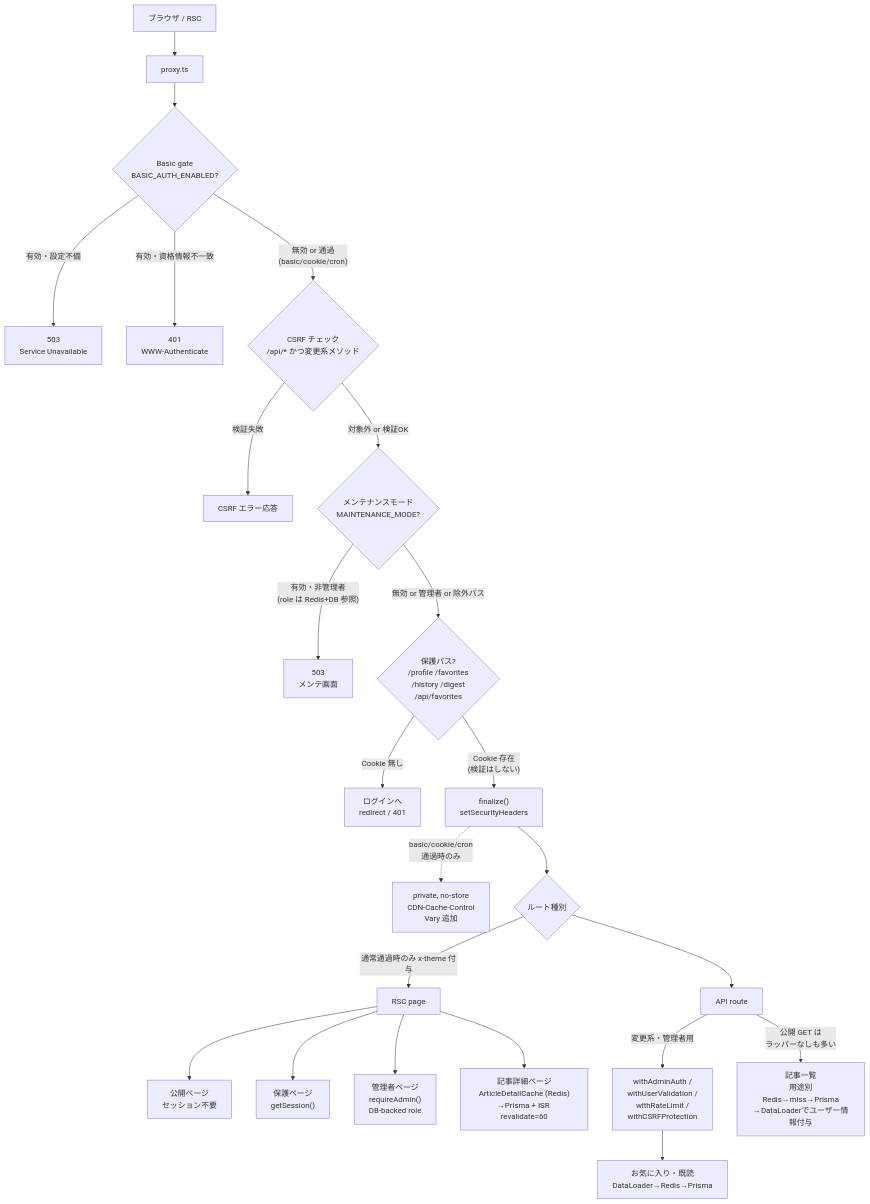
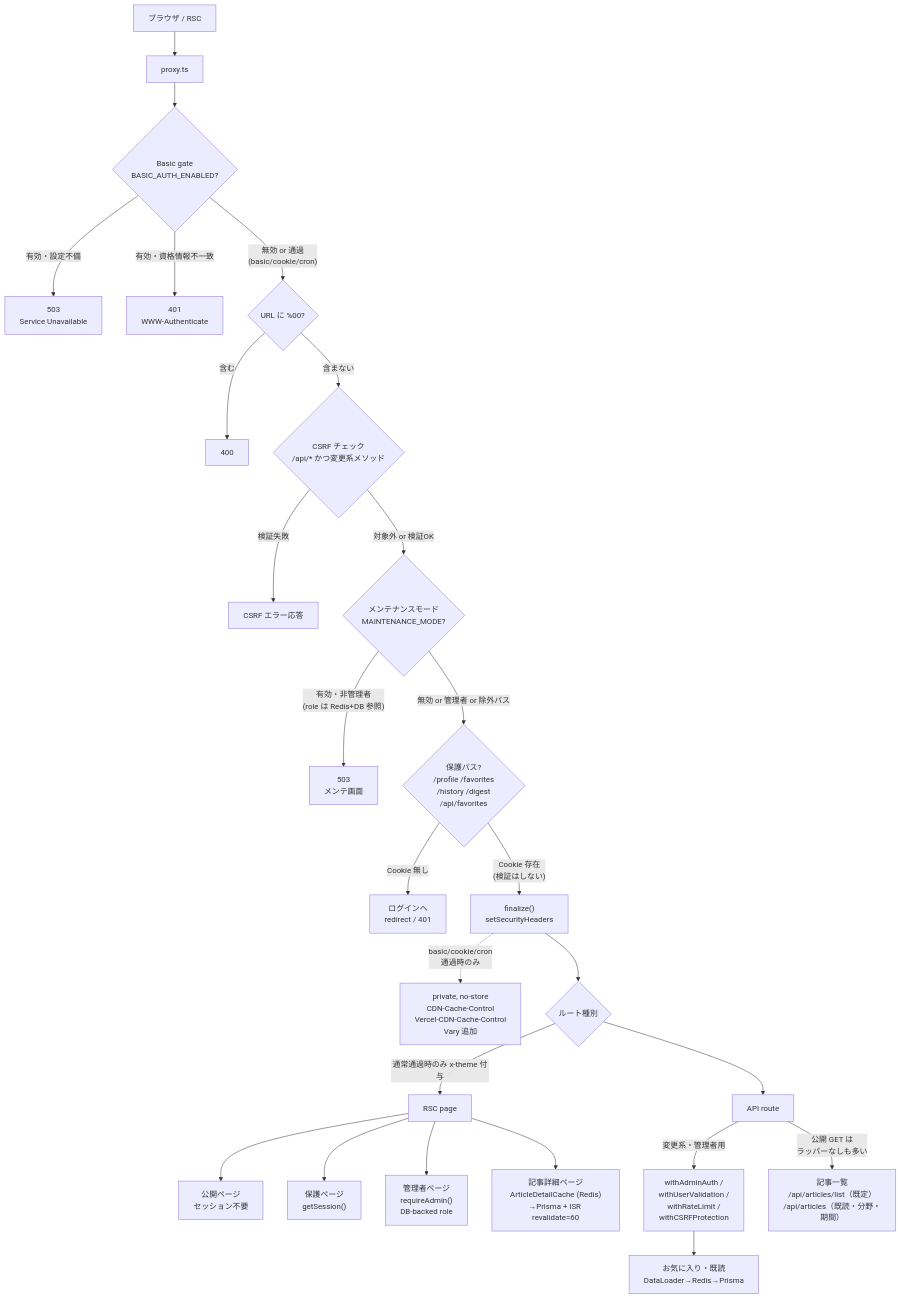
Before and after one commit to pawafulu7/techtrend: the first of 2 diagrams in docs/architecture/03-request-flow.md, drawn with Mermaid. The commit also changed other lines of this file and 223 other files, not shown here.

````diff
--- a/docs/architecture/03-request-flow.md
+++ b/docs/architecture/03-request-flow.md
@@ -7,33 +7,35 @@
 ```mermaid
 flowchart TD
     Browser["ブラウザ / RSC"] --> Proxy["proxy.ts"]
 
     Proxy --> BasicGate{"Basic gate<br/>BASIC_AUTH_ENABLED?"}
     BasicGate -->|"有効・設定不備"| Err503["503<br/>Service Unavailable"]
     BasicGate -->|"有効・資格情報不一致"| Err401["401<br/>WWW-Authenticate"]
-    BasicGate -->|"無効 or 通過<br/>(basic/cookie/cron)"| Csrf{"CSRF チェック<br/>/api/* かつ変更系メソッド"}
+    BasicGate -->|"無効 or 通過<br/>(basic/cookie/cron)"| Nul{"URL に %00?"}
+    Nul -->|"含む"| Err400["400"]
+    Nul -->|"含まない"| Csrf{"CSRF チェック<br/>/api/* かつ変更系メソッド"}
 
     Csrf -->|"検証失敗"| ErrCsrf["CSRF エラー応答"]
     Csrf -->|"対象外 or 検証OK"| Maint{"メンテナンスモード<br/>MAINTENANCE_MODE?"}
 
     Maint -->|"有効・非管理者<br/>(role は Redis+DB 参照)"| Err503b["503<br/>メンテ画面"]
     Maint -->|"無効 or 管理者 or 除外パス"| Protected{"保護パス?<br/>/profile /favorites<br/>/history /digest<br/>/api/favorites"}
 
     Protected -->|"Cookie 無し"| Redirect["ログインへ<br/>redirect / 401"]
     Protected -->|"Cookie 存在<br/>(検証はしない)"| Finalize["finalize()<br/>setSecurityHeaders"]
 
-    Finalize -.->|"basic/cookie/cron<br/>通過時のみ"| GateHeaders["private, no-store<br/>CDN-Cache-Control<br/>Vary 追加"]
+    Finalize -.->|"basic/cookie/cron<br/>通過時のみ"| GateHeaders["private, no-store<br/>CDN-Cache-Control<br/>Vercel-CDN-Cache-Control<br/>Vary 追加"]
 
     Finalize --> RouteType{"ルート種別"}
     RouteType -->|"通常通過時のみ x-theme 付与"| RSC["RSC page"]
     RouteType --> ApiRoute["API route"]
 
     RSC --> PublicPage["公開ページ<br/>セッション不要"]
     RSC --> ProtectedPage["保護ページ<br/>getSession()"]
     RSC --> AdminPage["管理者ページ<br/>requireAdmin()<br/>DB-backed role"]
     RSC --> ArticleDetail["記事詳細ページ<br/>ArticleDetailCache (Redis)<br/>→Prisma + ISR revalidate=60"]
 
     ApiRoute -->|"変更系・管理者用"| ApiWrap["withAdminAuth /<br/>withUserValidation /<br/>withRateLimit /<br/>withCSRFProtection"]
-    ApiRoute -->|"公開 GET は<br/>ラッパーなしも多い"| ArticleList["記事一覧<br/>用途別Redis→miss→Prisma<br/>→DataLoaderでユーザー情報付与"]
+    ApiRoute -->|"公開 GET は<br/>ラッパーなしも多い"| ArticleList["記事一覧<br/>/api/articles/list（既定）<br/>/api/articles（既読・分野・期間）"]
     ApiWrap --> FavHistory["お気に入り・既読<br/>DataLoader→Redis→Prisma"]
 ```
````
